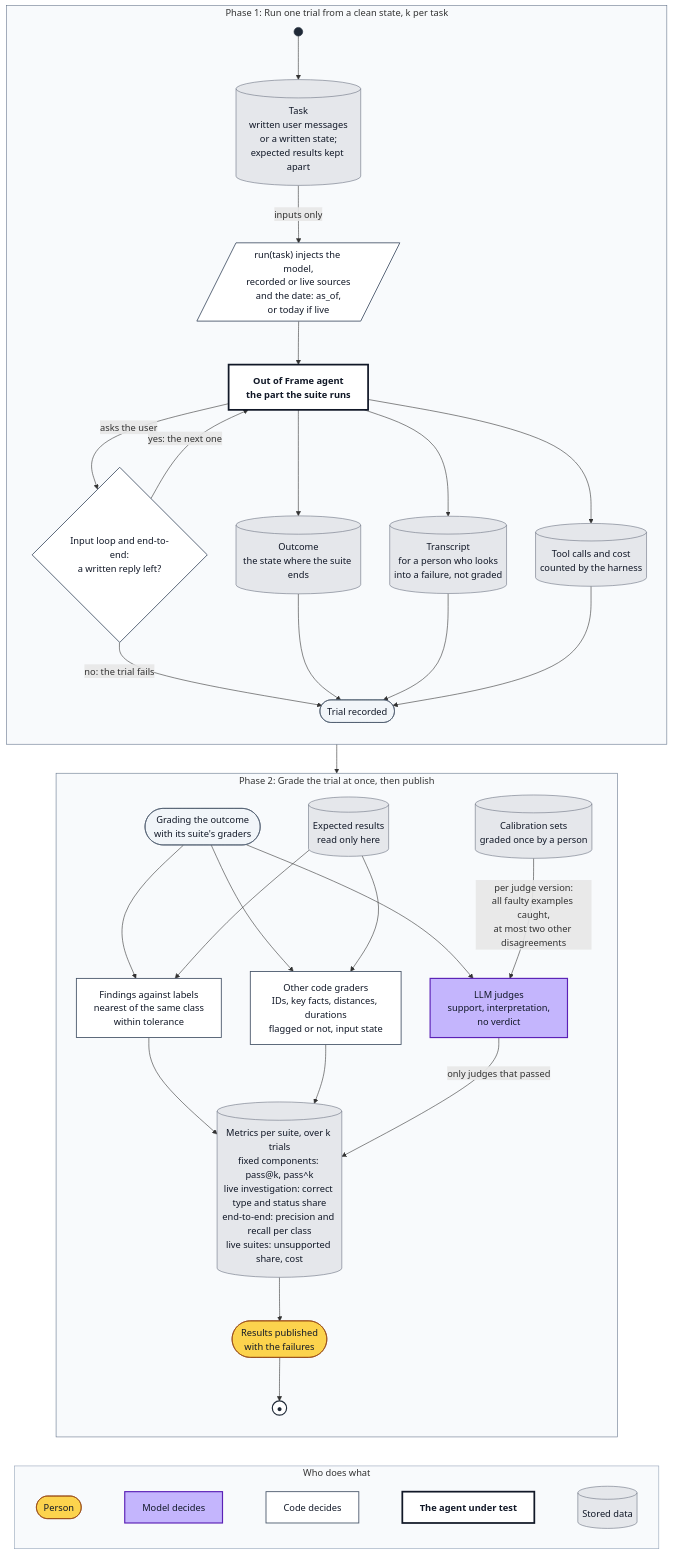
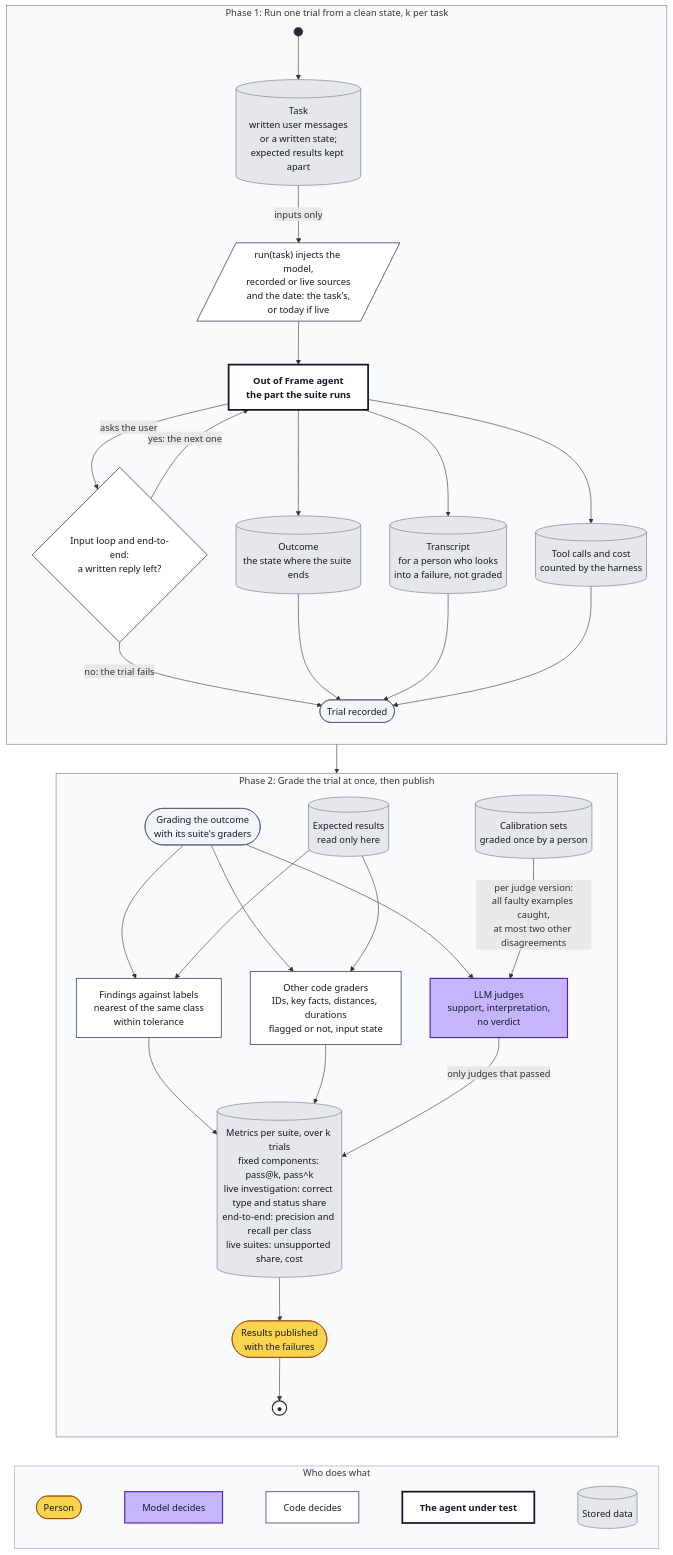
Before and after one commit to avashchenkov/out-of-frame: the diagram in docs/eval-architecture.md, drawn with Mermaid. The commit also changed other lines of this file and 1 other file, not shown here.

````diff
--- a/docs/eval-architecture.md
+++ b/docs/eval-architecture.md
@@ -428,75 +425,75 @@
 ```mermaid
 flowchart TD
     subgraph TRIALS["Phase 1: Run one trial from a clean state, k per task"]
         direction TB
         START((" ")):::start
         TASK[("Task<br/>written user messages<br/>or a written state;<br/>expected results kept apart")]:::data
-        INJ[/"run(task) injects the model,<br/>recorded or live sources<br/>and the date: as_of,<br/>or today if live"/]:::code
+        INJ[/"run(task) injects the model,<br/>recorded or live sources<br/>and the date: the task's,<br/>or today if live"/]:::code
         AG["Out of Frame agent<br/>the part the suite runs"]:::sut
         RPL{"Input loop and end-to-end:<br/>a written reply left?"}:::code
         OUTC[("Outcome<br/>the state where the suite ends")]:::data
         TRN[("Transcript<br/>for a person who looks<br/>into a failure, not graded")]:::data
         CNT[("Tool calls and cost<br/>counted by the harness")]:::data
         RD(["Trial recorded"]):::milestone
         START --> TASK
         TASK -->|"inputs only"| INJ
         INJ --> AG
         AG -->|"asks the user"| RPL
         RPL -->|"yes: the next one"| AG
         RPL -->|"no: the trial fails"| RD
         AG --> OUTC
         AG --> TRN
         AG --> CNT
         OUTC --> RD
         TRN --> RD
         CNT --> RD
     end
 
     subgraph GRADE["Phase 2: Grade the trial at once, then publish"]
         direction TB
         GS(["Grading the outcome<br/>with its suite's graders"]):::milestone
         SC[("Expected results<br/>read only here")]:::data
         MATCH["Findings against labels<br/>nearest of the same class<br/>within tolerance"]:::code
         CG["Other code graders<br/>IDs, key facts, distances, durations<br/>flagged or not, input state"]:::code
         JG["LLM judges<br/>support, interpretation,<br/>no verdict"]:::model
         CAL[("Calibration sets<br/>graded once by a person")]:::data
         MET[("Metrics per suite, over k trials<br/>fixed components: pass@k, pass^k<br/>live investigation: correct type and status share<br/>end-to-end: precision and recall per class<br/>live suites: unsupported share, cost")]:::data
         PUB(["Results published<br/>with the failures"]):::human
         STOP(("●")):::stop
         GS --> MATCH
         GS --> CG
         GS --> JG
         SC --> MATCH
         SC --> CG
         CAL -->|"per judge version:<br/>all faulty examples caught,<br/>at most two other disagreements"| JG
         MATCH --> MET
         CG --> MET
         JG -->|"only judges that passed"| MET
         MET --> PUB --> STOP
     end
 
     TRIALS --> GRADE
 
     subgraph KEY["Who does what"]
         direction LR
         k1(["Person"]):::human
         k2["Model decides"]:::model
         k3["Code decides"]:::code
         k6["The agent under test"]:::sut
         k4[("Stored data")]:::data
         k1 ~~~ k2 ~~~ k3 ~~~ k6 ~~~ k4
     end
     GRADE ~~~ KEY
 
     classDef human fill:#fcd34d,stroke:#92400e,color:#111827
     classDef model fill:#c4b5fd,stroke:#5b21b6,stroke-width:2px,color:#111827
     classDef code fill:#ffffff,stroke:#475569,stroke-width:1.5px,color:#111827
     classDef sut fill:#ffffff,stroke:#111827,stroke-width:3px,color:#111827,font-weight:bold
     classDef data fill:#e5e7eb,stroke:#6b7280,color:#111827
     classDef milestone fill:#f1f5f9,stroke:#475569,color:#111827
     classDef start fill:#1f2937,stroke:#1f2937,color:#1f2937
     classDef stop fill:#ffffff,stroke:#1f2937,stroke-width:2px,color:#1f2937
     style TRIALS fill:#f8fafc,stroke:#64748b
     style GRADE fill:#f8fafc,stroke:#64748b
     style KEY fill:#f8fafc,stroke:#94a3b8
 ```
````
